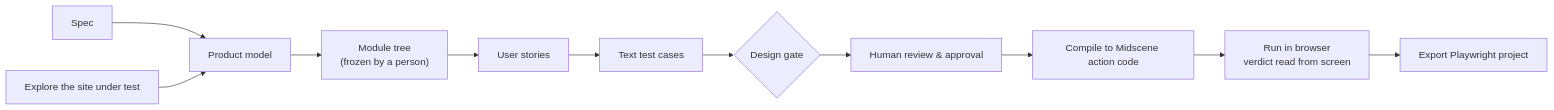
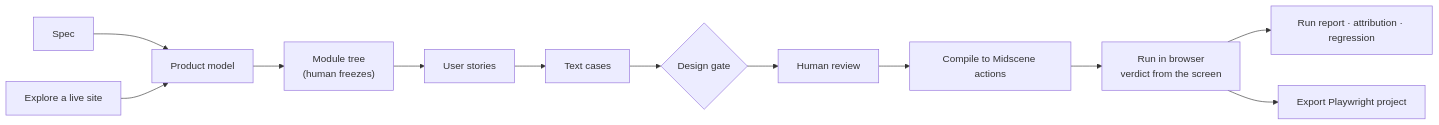
The diagram in README.en.md (zyonlab/TestPilot), drawn with Mermaid before and after one commit. The commit also changed other lines of this file and 31 other files, not shown here.

````diff
--- a/README.en.md
+++ b/README.en.md
@@ -27,13 +50,14 @@
 ```mermaid
 flowchart LR
   S["Spec"] --> PM["Product model"]
-  E["Explore the site under test"] --> PM
-  PM --> MT["Module tree<br/>(frozen by a person)"]
+  E["Explore a live site"] --> PM
+  PM --> MT["Module tree<br/>(human freezes)"]
   MT --> ST["User stories"]
-  ST --> TC["Text test cases"]
+  ST --> TC["Text cases"]
   TC --> G1{"Design gate"}
-  G1 --> RV["Human review & approval"]
-  RV --> CG["Compile to Midscene action code"]
-  CG --> EX["Run in browser<br/>verdict read from screen"]
+  G1 --> RV["Human review"]
+  RV --> CG["Compile to Midscene actions"]
+  CG --> EX["Run in browser<br/>verdict from the screen"]
+  EX --> RP["Run report · attribution · regression"]
   EX --> PW["Export Playwright project"]
 ```
````
